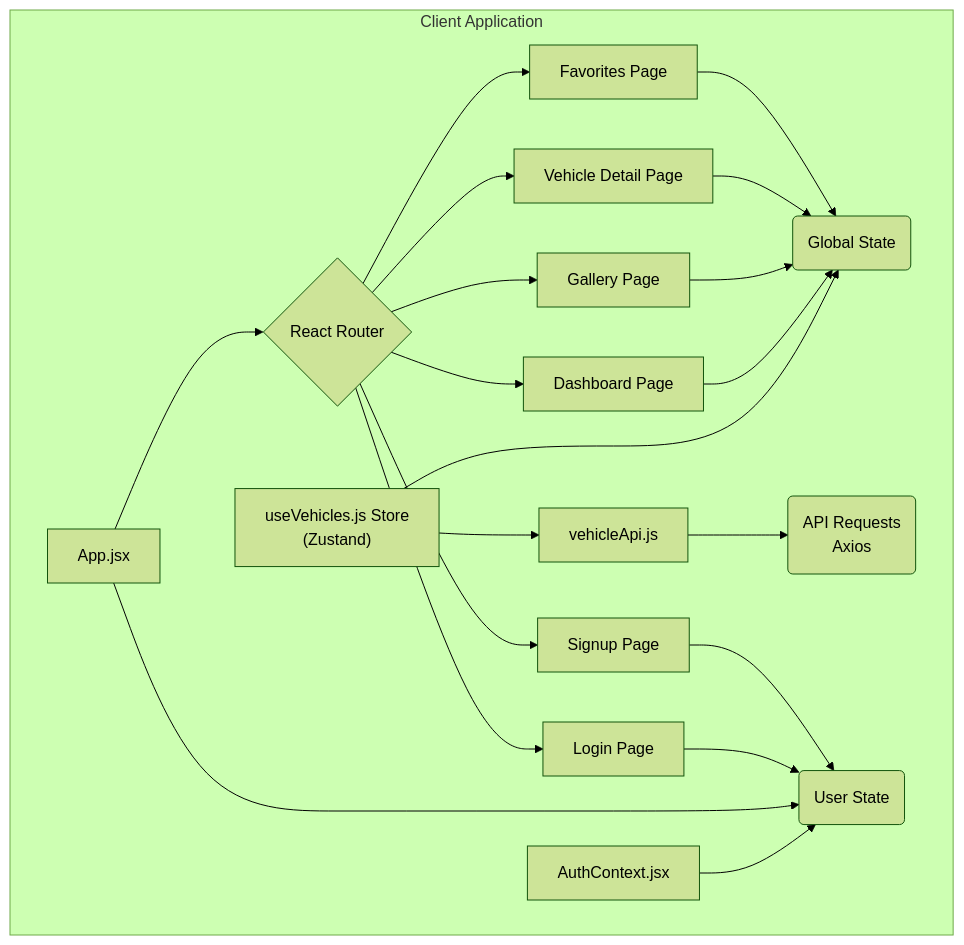
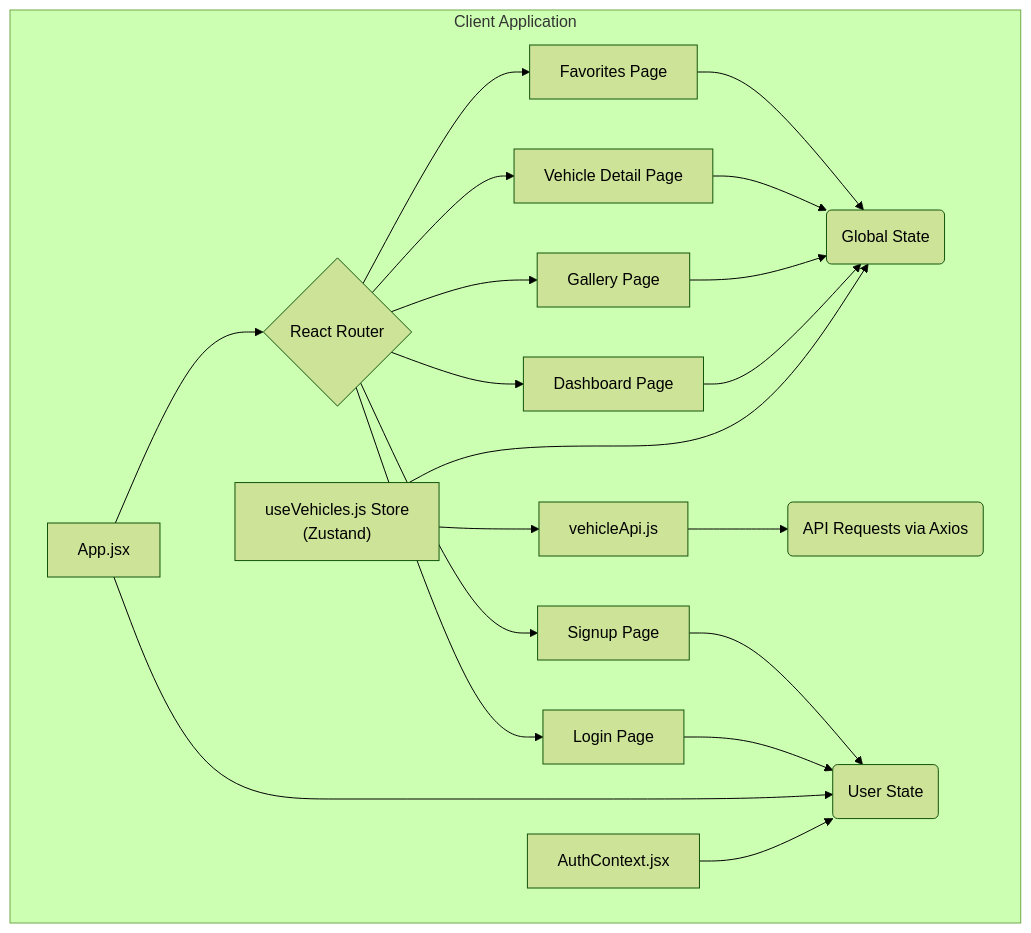
The third of 6 diagrams in README.md (alokkumar-projects/wex-automotive), drawn with Mermaid (forest theme) before and after one commit. The commit also changed other lines of this file, not shown here.

Commit message:
docs(readme): added the login/signup journey for users in readme

````diff
--- a/README.md
+++ b/README.md
@@ -68,26 +84,26 @@
 ```mermaid
-graph TD;
+graph TD
     subgraph Client Application
-        A[App.jsx] --> B{React Router};
-        B --> C[Dashboard Page];
-        B --> D[Gallery Page];
-        B --> E[Vehicle Detail Page];
-        B --> L[Login Page];
-        B --> M[Signup Page];
-        B --> N[Favorites Page];
+        A[App.jsx] --> B{React Router}
+        B --> C[Dashboard Page]
+        B --> D[Gallery Page]
+        B --> E[Vehicle Detail Page]
+        B --> L[Login Page]
+        B --> M[Signup Page]
+        B --> N[Favorites Page]
 
-        F["useVehicles.js Store <br/>(Zustand)"] --> G(Global State);
-        C --> G;
-        D --> G;
-        E --> G;
-        N --> G;
+        F["useVehicles.js Store\n(Zustand)"] --> G(Global State)
+        C --> G
+        D --> G
+        E --> G
+        N --> G
 
-        H[vehicleApi.js] --> I("API Requests <br/> Axios");
-        F --> H;
+        H[vehicleApi.js] --> I(API Requests via Axios)
+        F --> H
 
-        J[AuthContext.jsx] --> K(User State);
-        A --> K;
-        L --> K;
-        M --> K;
+        J[AuthContext.jsx] --> K(User State)
+        A --> K
+        L --> K
+        M --> K
     end
 ```
````
